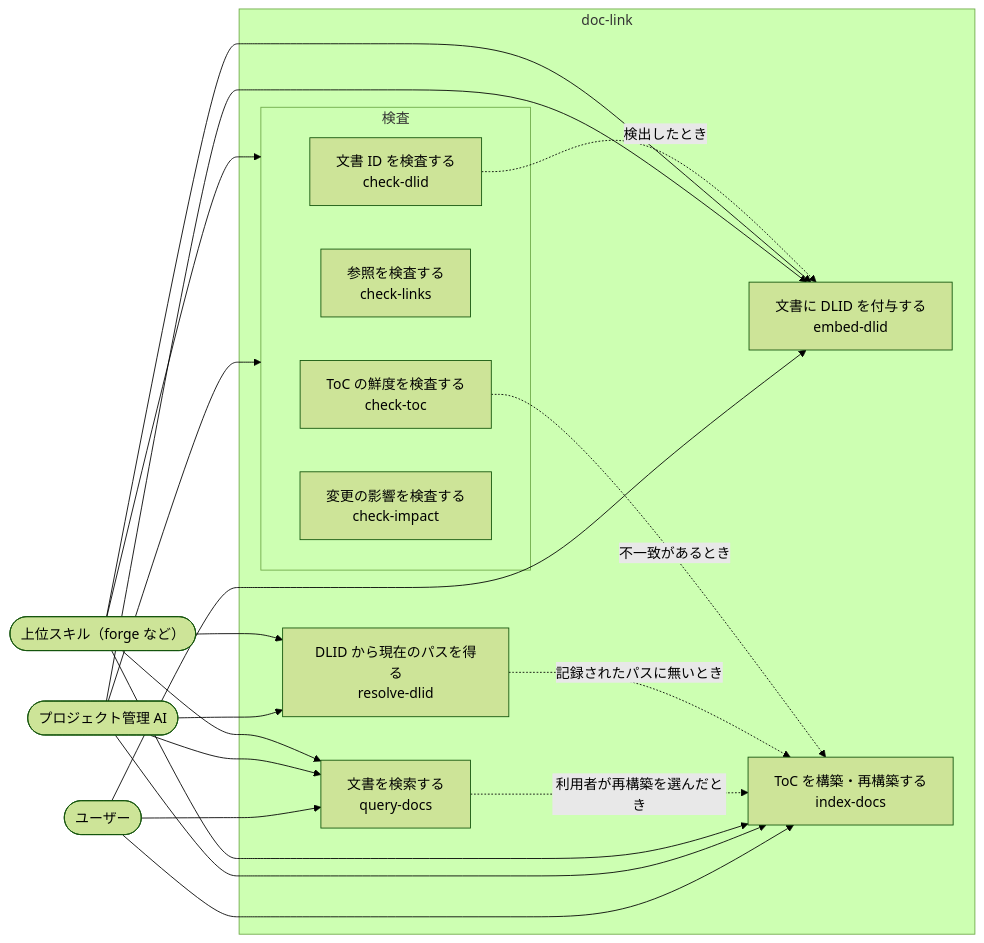
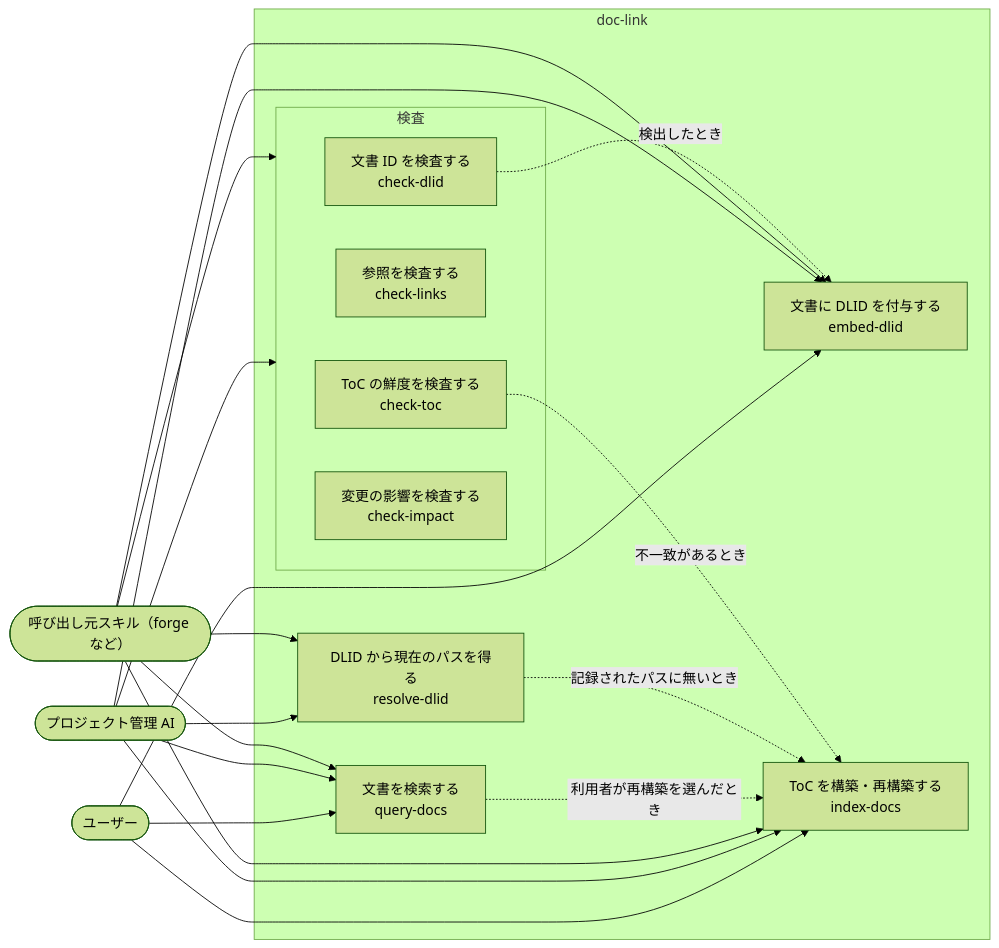
Before and after one commit to BlueEventHorizon/doc-link: the first of 9 diagrams in docs/specs/design/DES-010_skill-composition.md, drawn with Mermaid (forest theme). The commit also changed other lines of this file and 23 other files, not shown here.

````diff
--- a/docs/specs/design/DES-010_skill-composition.md
+++ b/docs/specs/design/DES-010_skill-composition.md
@@ -83,37 +83,37 @@
 ```mermaid
 flowchart LR
     User(["ユーザー"])
     PM(["プロジェクト管理 AI"])
-    Caller(["上位スキル（forge など）"])
+    Caller(["呼び出し元スキル（forge など）"])
 
     subgraph DL["doc-link"]
         UC1["文書に DLID を付与する<br>embed-dlid"]
         UC2["ToC を構築・再構築する<br>index-docs"]
         UC3["文書を検索する<br>query-docs"]
         UC4["DLID から現在のパスを得る<br>resolve-dlid"]
         subgraph CHK["検査"]
             UC5["文書 ID を検査する<br>check-dlid"]
             UC6["参照を検査する<br>check-links"]
             UC7["ToC の鮮度を検査する<br>check-toc"]
             UC8["変更の影響を検査する<br>check-impact"]
         end
     end
 
     User --> UC1
     User --> UC2
     User --> UC3
     PM --> UC1
     PM --> UC2
     PM --> UC3
     PM --> UC4
     PM --> CHK
     Caller --> UC1
     Caller --> UC2
     Caller --> UC3
     Caller --> UC4
     Caller --> CHK
     UC3 -. "利用者が再構築を選んだとき" .-> UC2
     UC4 -. "記録されたパスに無いとき" .-> UC2
     UC5 -. "検出したとき" .-> UC1
     UC7 -. "不一致があるとき" .-> UC2
 ```
````
